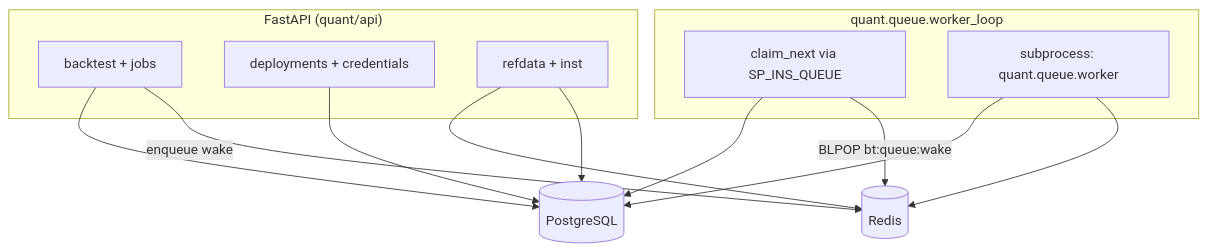
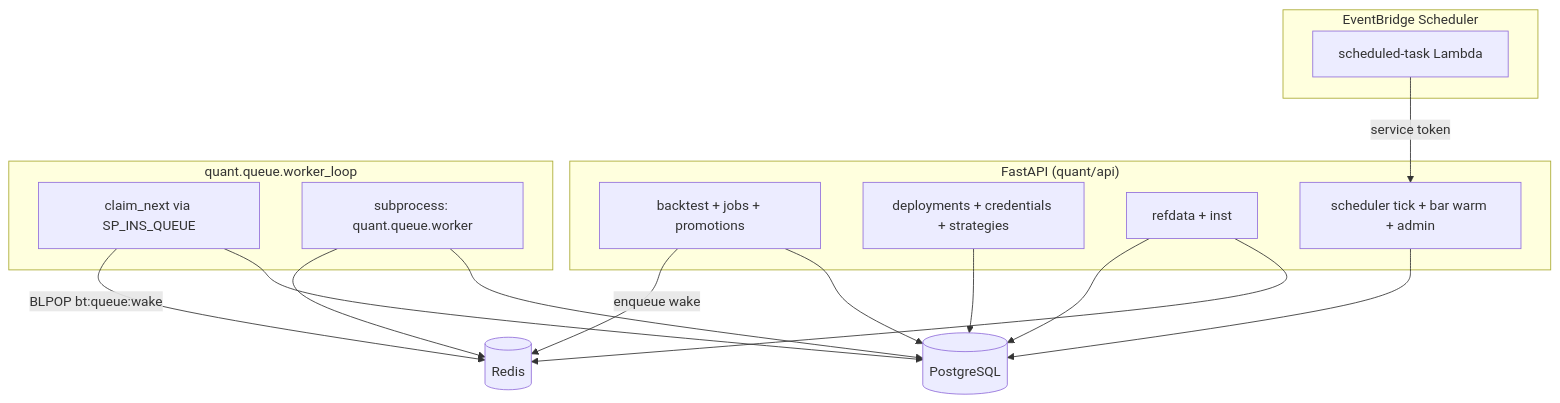
The first of 2 diagrams in docs/architecture/pipeline.md (alfred1123/Quant_Strategies), drawn with Mermaid before and after one commit. The commit also changed other lines of this file and 28 other files, not shown here.

````diff
--- a/docs/architecture/pipeline.md
+++ b/docs/architecture/pipeline.md
@@ -7,26 +7,33 @@
 ```mermaid
 flowchart TB
   subgraph HTTP["FastAPI (quant/api)"]
-    BT_R[backtest + jobs]
-    TR_R[deployments + credentials]
+    BT_R[backtest + jobs + promotions]
+    TR_R[deployments + credentials + strategies]
     RD[refdata + inst]
+    SCH[scheduler tick + bar warm + admin]
   end
 
   subgraph Worker["quant.queue.worker_loop"]
     CL[claim_next via SP_INS_QUEUE]
     SP[subprocess: quant.queue.worker]
   end
 
+  subgraph Lambda["EventBridge Scheduler"]
+    LBD[scheduled-task Lambda]
+  end
+
   REDIS[(Redis)]
   PG[(PostgreSQL)]
 
+  LBD -->|service token| SCH
   BT_R --> PG
   TR_R --> PG
   RD --> REDIS
   RD --> PG
+  SCH --> PG
   CL --> PG
   SP --> PG
   SP --> REDIS
   BT_R -->|enqueue wake| REDIS
   CL -->|BLPOP bt:queue:wake| REDIS
 ```
````
